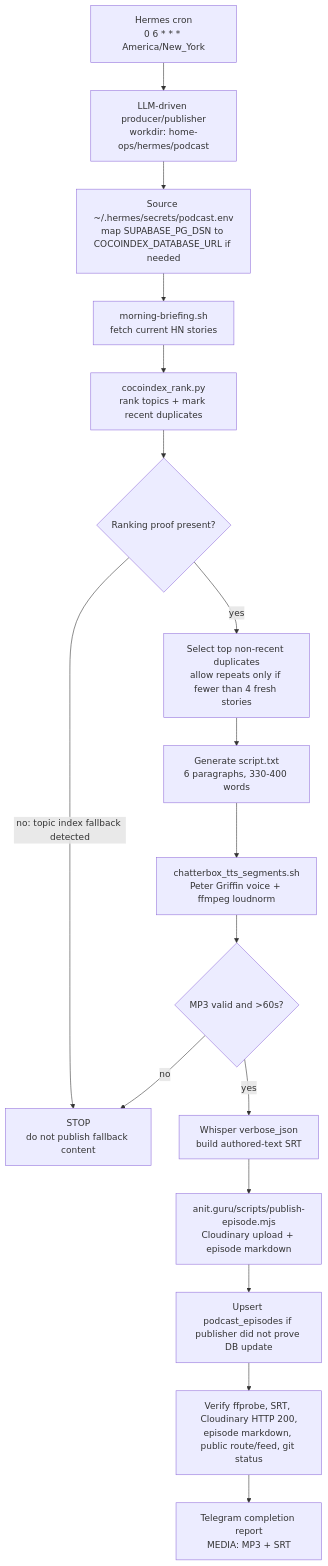
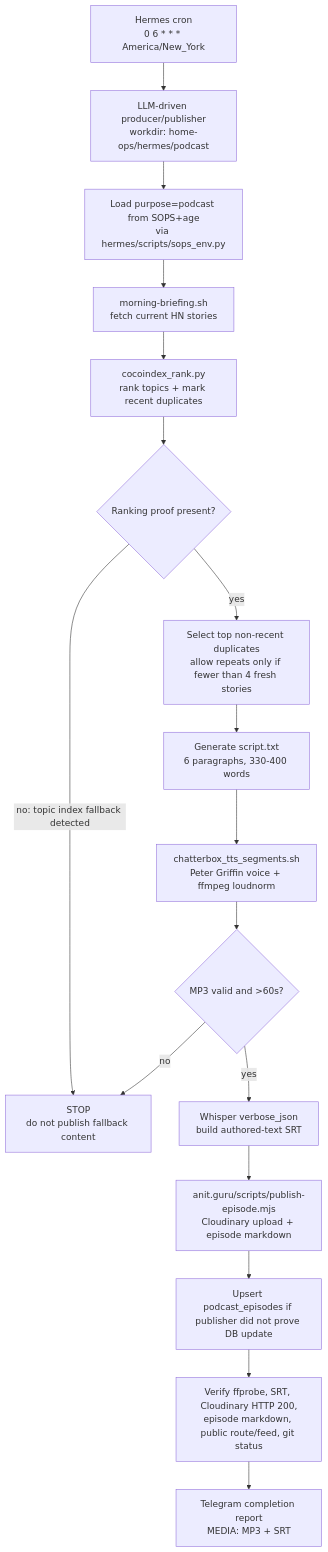
Before and after one commit to anitguru/home-ops: the diagram in hermes/podcast/README.md, drawn with Mermaid. The commit also changed other lines of this file and 3 other files, not shown here.

Commit message:
migrate podcast cron secrets to SOPS

````diff
--- a/hermes/podcast/README.md
+++ b/hermes/podcast/README.md
@@ -34,19 +34,19 @@
 ```mermaid
 flowchart TD
     Cron["Hermes cron<br/>0 6 * * * America/New_York"] --> Producer["LLM-driven producer/publisher<br/>workdir: home-ops/hermes/podcast"]
-    Producer --> Env["Source ~/.hermes/secrets/podcast.env<br/>map SUPABASE_PG_DSN to COCOINDEX_DATABASE_URL if needed"]
+    Producer --> Env["Load purpose=podcast from SOPS+age<br/>via hermes/scripts/sops_env.py"]
     Env --> Fetch["morning-briefing.sh<br/>fetch current HN stories"]
     Fetch --> Rank["cocoindex_rank.py<br/>rank topics + mark recent duplicates"]
     Rank --> Proof{"Ranking proof present?"}
     Proof -->|"no: topic index fallback detected"| Stop["STOP<br/>do not publish fallback content"]
     Proof -->|"yes"| Select["Select top non-recent duplicates<br/>allow repeats only if fewer than 4 fresh stories"]
     Select --> Script["Generate script.txt<br/>6 paragraphs, 330-400 words"]
     Script --> TTS["chatterbox_tts_segments.sh<br/>Peter Griffin voice + ffmpeg loudnorm"]
     TTS --> AudioCheck{"MP3 valid and >60s?"}
     AudioCheck -->|"no"| Stop
     AudioCheck -->|"yes"| Captions["Whisper verbose_json<br/>build authored-text SRT"]
     Captions --> Publish["anit.guru/scripts/publish-episode.mjs<br/>Cloudinary upload + episode markdown"]
     Publish --> DB["Upsert podcast_episodes if publisher did not prove DB update"]
     DB --> Verify["Verify ffprobe, SRT, Cloudinary HTTP 200,<br/>episode markdown, public route/feed, git status"]
     Verify --> Report["Telegram completion report<br/>MEDIA: MP3 + SRT"]
 ```
````
